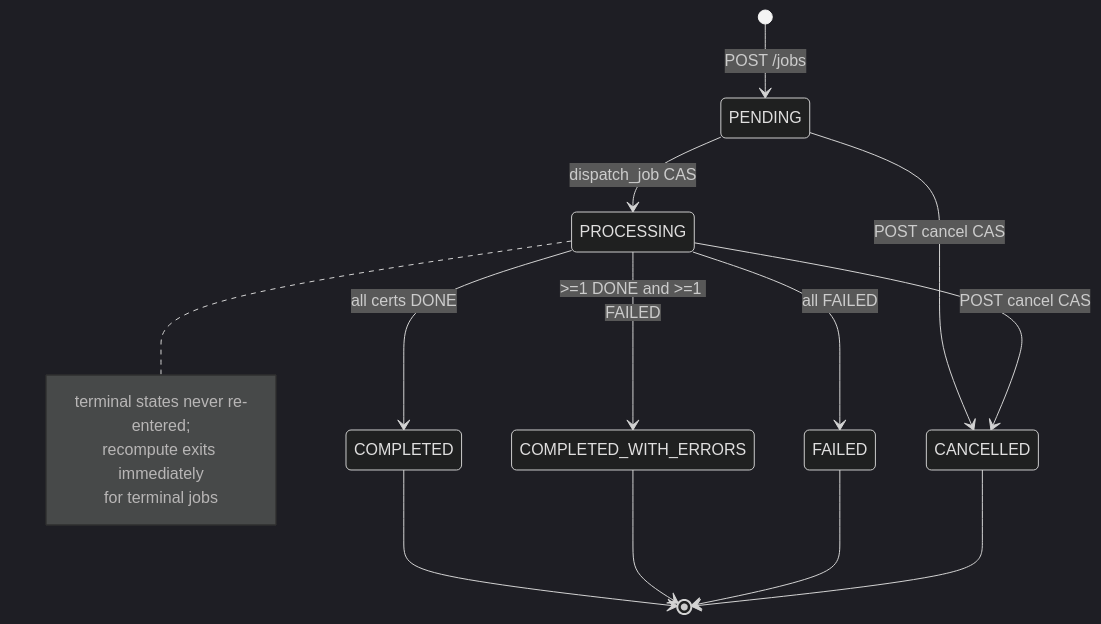
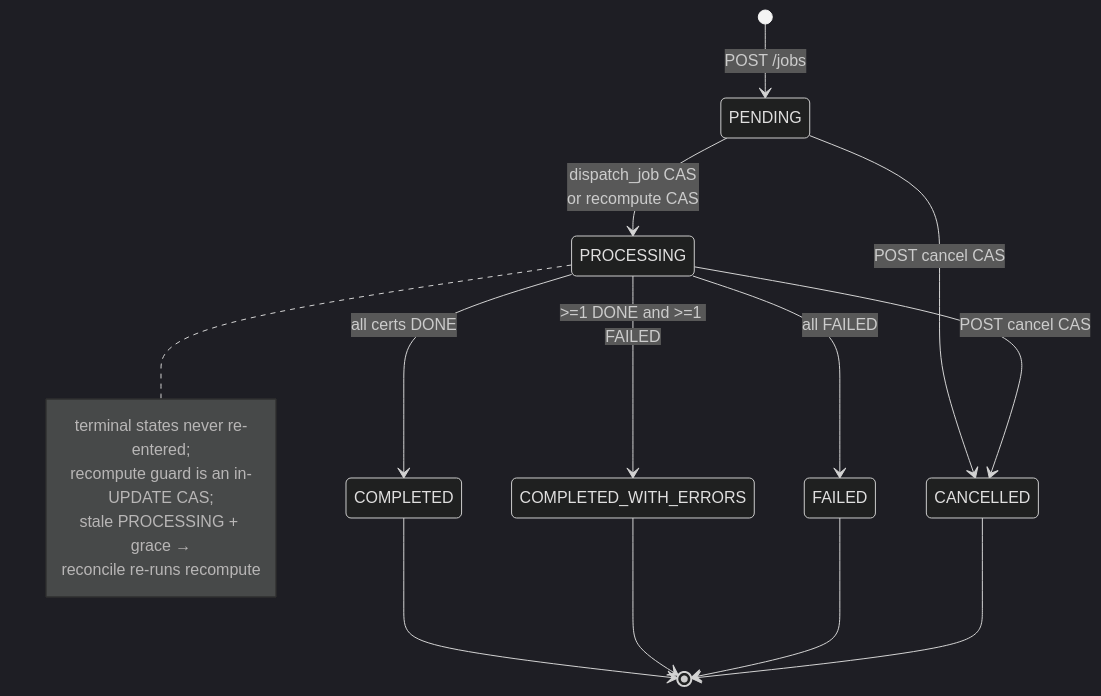
The third of 13 diagrams in docs/superpowers/specs/2026-10-11-bulk-certificate-generator-design.md (shah-dhwanil/aereo-assignment), drawn with Mermaid (dark theme) before and after one commit. The commit also changed other lines of this file, not shown here.

````diff
--- a/docs/superpowers/specs/2026-10-11-bulk-certificate-generator-design.md
+++ b/docs/superpowers/specs/2026-10-11-bulk-certificate-generator-design.md
@@ -139,20 +147,21 @@
 ```mermaid
 stateDiagram-v2
     [*] --> PENDING : POST /jobs
-    PENDING --> PROCESSING : dispatch_job CAS
+    PENDING --> PROCESSING : dispatch_job CAS<br/>or recompute CAS
     PROCESSING --> COMPLETED : all certs DONE
     PROCESSING --> COMPLETED_WITH_ERRORS : >=1 DONE and >=1 FAILED
     PROCESSING --> FAILED : all FAILED
     PENDING --> CANCELLED : POST cancel CAS
     PROCESSING --> CANCELLED : POST cancel CAS
     COMPLETED --> [*]
     COMPLETED_WITH_ERRORS --> [*]
     FAILED --> [*]
     CANCELLED --> [*]
 
     note right of PROCESSING
         terminal states never re-entered;
-        recompute exits immediately
-        for terminal jobs
+        recompute guard is an in-UPDATE CAS;
+        stale PROCESSING + grace →
+        reconcile re-runs recompute
     end note
 ```
````
